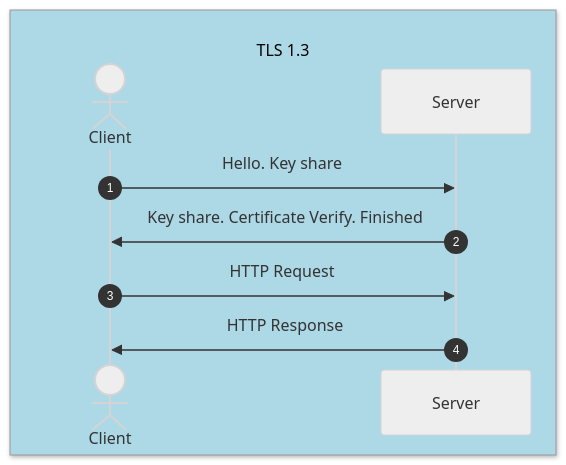
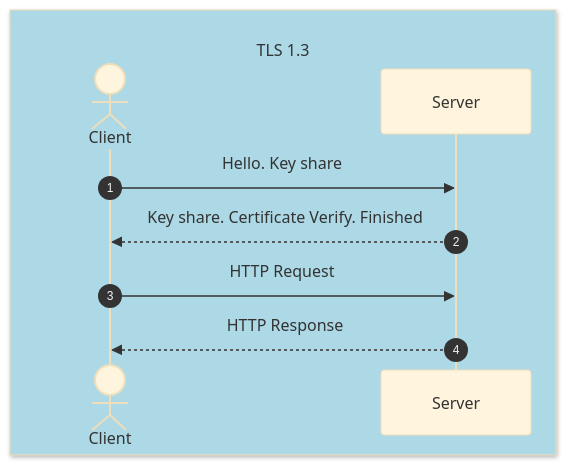
The fourth of 4 diagrams in tls_1.3.md (jtaverne/ovh), drawn with Mermaid before and after one commit. The commit also changed other lines of this file, not shown here.

````diff
--- a/tls_1.3.md
+++ b/tls_1.3.md
@@ -55,14 +55,14 @@
 ```mermaid
-%%{init: {'theme': 'neutral' } }%%
+%%{init: {'theme': 'base' } }%%
 sequenceDiagram
 autonumber
 box LightBlue <br/>TLS 1.3
     actor Client
     participant Server
 end
 Client ->> Server : Hello. Key share
-Server ->> Client : Key share. Certificate Verify. Finished
+Server -->> Client : Key share. Certificate Verify. Finished
 Client ->> Server : HTTP Request
-Server ->> Client : HTTP Response
+Server -->> Client : HTTP Response
 
 ```
````
